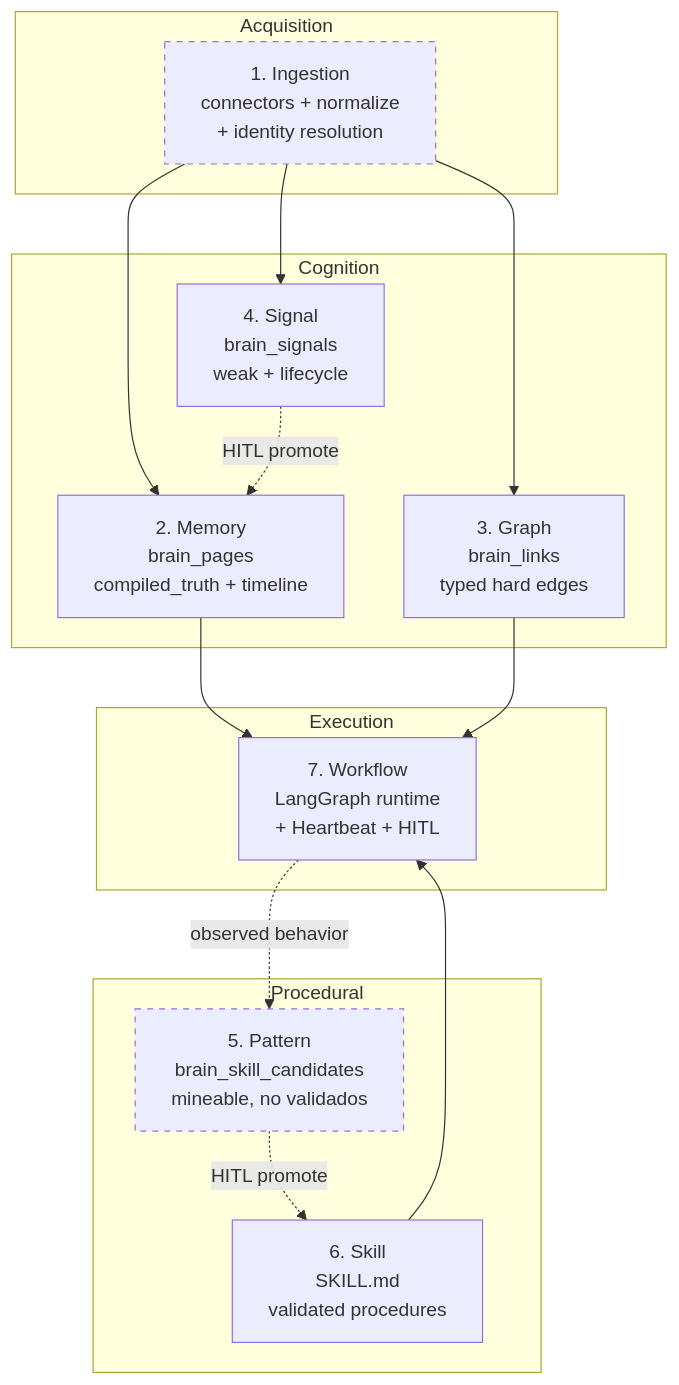
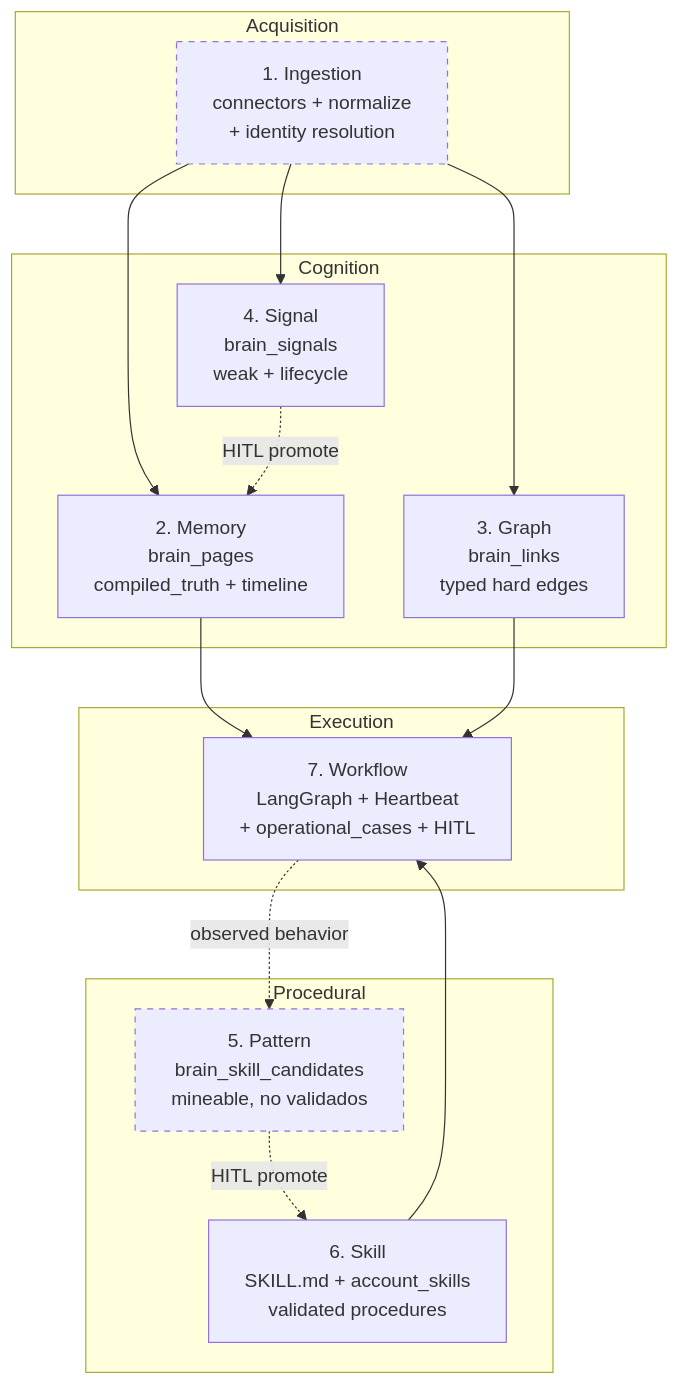
Before and after one commit to janotowers/10x-builders-agent: the first of 7 diagrams in docs/brain/gbrain-evaluation-and-plan.md, drawn with Mermaid. The commit also changed other lines of this file and 4 other files, not shown here.

````diff
--- a/docs/brain/gbrain-evaluation-and-plan.md
+++ b/docs/brain/gbrain-evaluation-and-plan.md
@@ -115,34 +149,34 @@
 ```mermaid
 flowchart TD
   subgraph Acquisition
     L1[1. Ingestion<br/>connectors + normalize<br/>+ identity resolution]
   end
 
   subgraph Cognition
     L2[2. Memory<br/>brain_pages<br/>compiled_truth + timeline]
     L3[3. Graph<br/>brain_links<br/>typed hard edges]
     L4[4. Signal<br/>brain_signals<br/>weak + lifecycle]
   end
 
   subgraph Procedural
     L5[5. Pattern<br/>brain_skill_candidates<br/>mineable, no validados]
-    L6[6. Skill<br/>SKILL.md<br/>validated procedures]
+    L6[6. Skill<br/>SKILL.md + account_skills<br/>validated procedures]
   end
 
   subgraph Execution
-    L7[7. Workflow<br/>LangGraph runtime<br/>+ Heartbeat + HITL]
+    L7[7. Workflow<br/>LangGraph + Heartbeat<br/>+ operational_cases + HITL]
   end
 
   L1 --> L2
   L1 --> L3
   L1 --> L4
   L4 -.HITL promote.-> L2
   L7 -.observed behavior.-> L5
   L5 -.HITL promote.-> L6
   L2 --> L7
   L3 --> L7
   L6 --> L7
 
   style L1 stroke-dasharray: 5 5
   style L5 stroke-dasharray: 5 5
 ```
````
